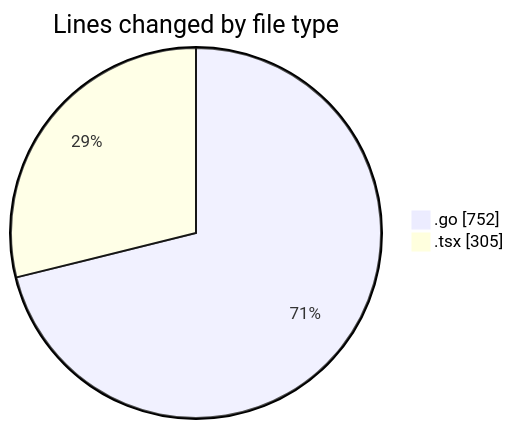
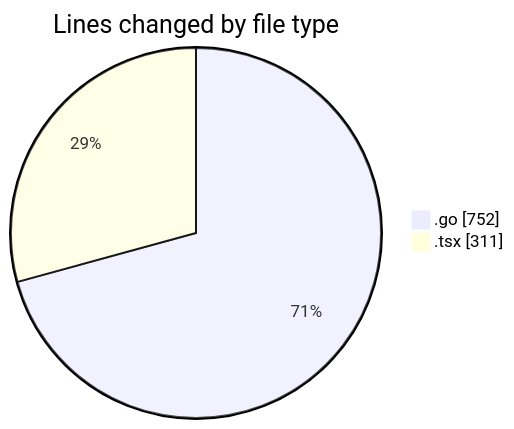
The first of 2 diagrams in 2025-03-01/termonied_testador/README.md (robertbonfada/code-tracking), drawn with Mermaid before and after one commit. The commit also changed other lines of this file and 1 other file, not shown here.

````diff
--- a/2025-03-01/termonied_testador/README.md
+++ b/2025-03-01/termonied_testador/README.md
@@ -28,6 +28,6 @@
 ```mermaid
 pie showData
 title Lines changed by file type
 ".go" : 752
-".tsx" : 305
+".tsx" : 311
 ```
````
